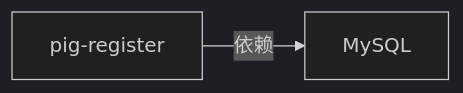
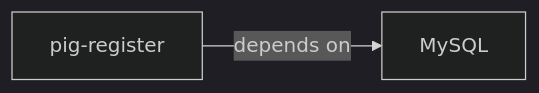
Before and after one commit to goodrain/rainbond-docs: the first of 2 diagrams in docs/how-to-guides/micro-service-deploy/pig-example.md, drawn with Mermaid (dark theme). The commit also changed other lines of this file and 855 other files, not shown here.

````diff
--- a/docs/how-to-guides/micro-service-deploy/pig-example.md
+++ b/docs/how-to-guides/micro-service-deploy/pig-example.md
@@ -152,4 +165,4 @@
 ```mermaid
 graph LR
-    A[pig-register] -->|依赖| B[MySQL]
+    A[pig-register] -->|depends on| B[MySQL]
 ```
````
